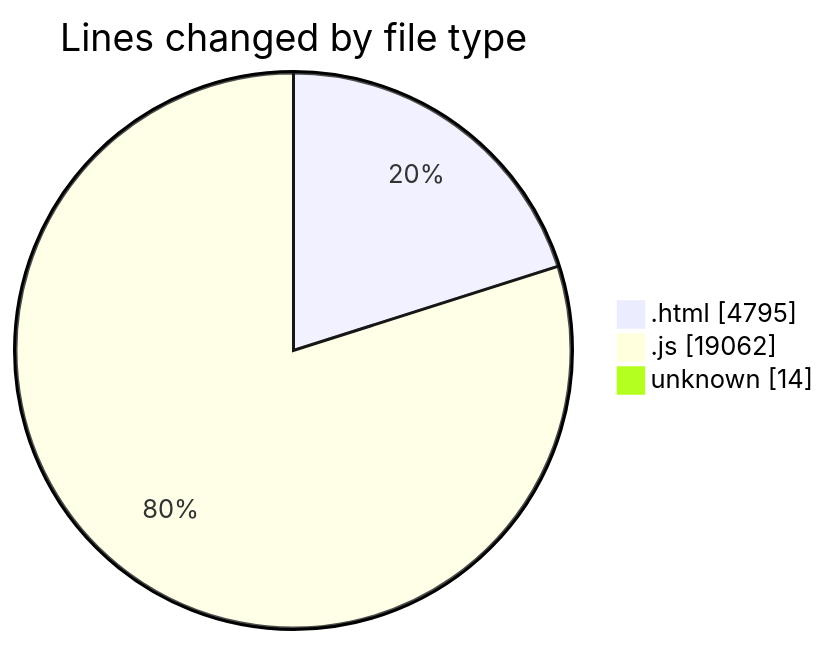
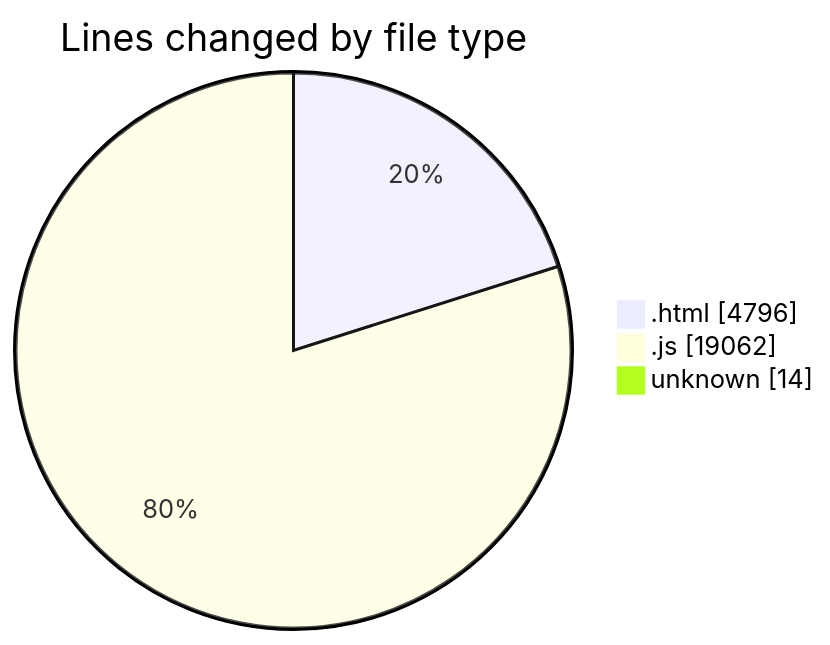
One commit to LanceThiago/code-tracking changed the first of 2 diagrams in 2025-04-24/enre_-_calculadora_de_consumo_v_2022_files/README.md. Above: the diagram before and after it, drawn with Mermaid. The commit also changed other lines of this file and 1 other file, not shown here.

````diff
--- a/2025-04-24/enre_-_calculadora_de_consumo_v_2022_files/README.md
+++ b/2025-04-24/enre_-_calculadora_de_consumo_v_2022_files/README.md
@@ -22,7 +22,7 @@
 ```mermaid
 pie showData
 title Lines changed by file type
-".html" : 4795
+".html" : 4796
 ".js" : 19062
 "unknown" : 14
 ```
````
